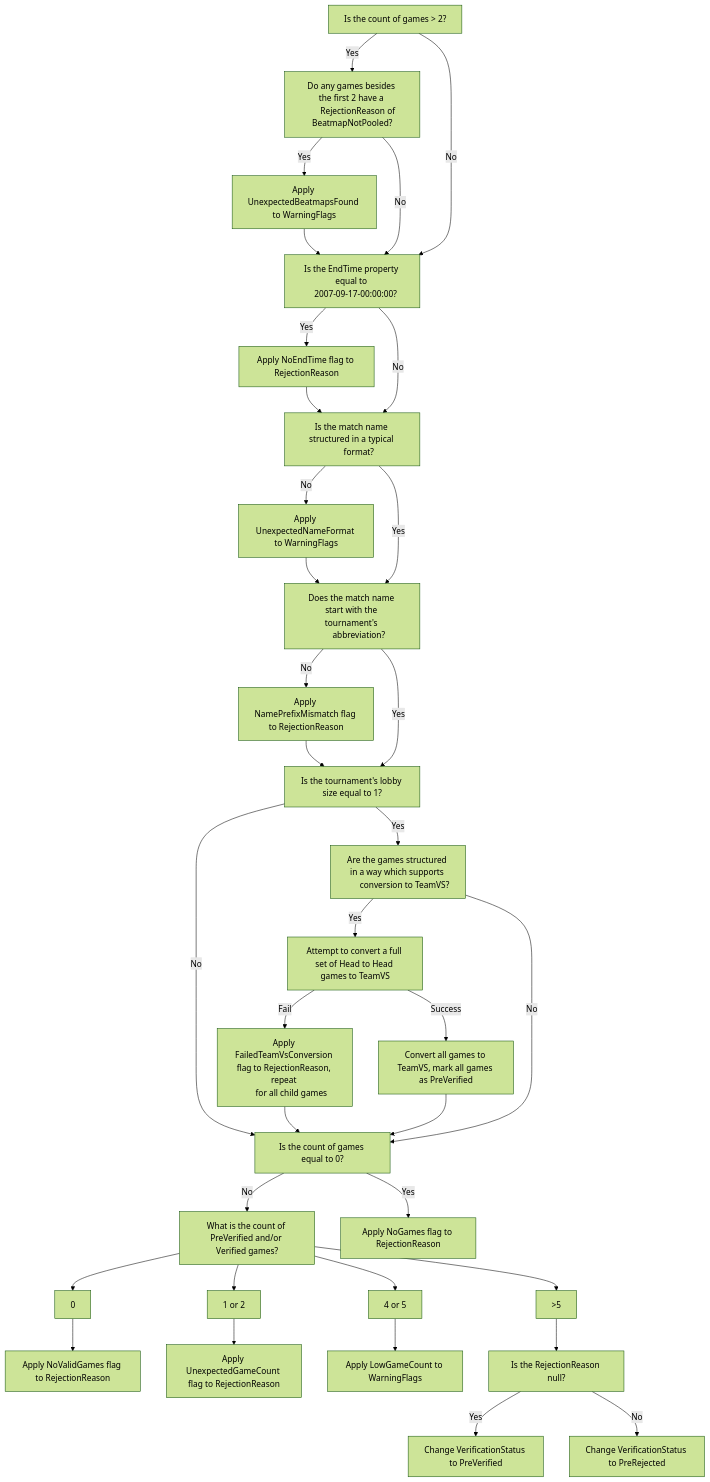
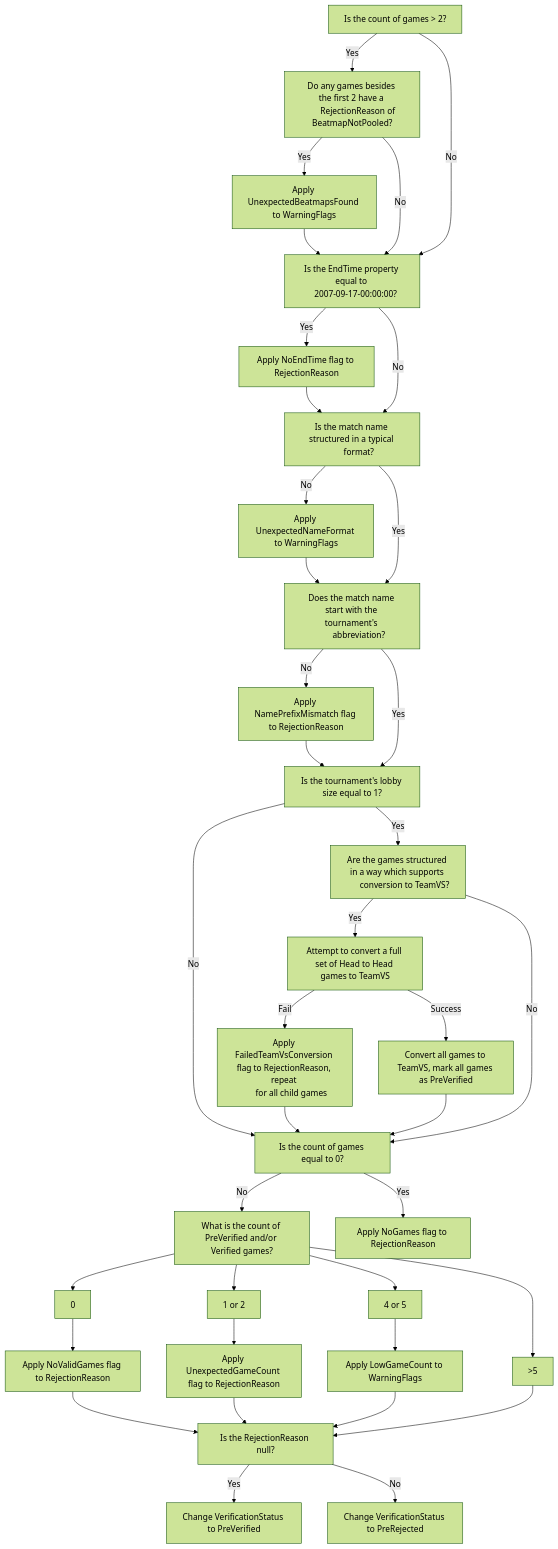
Before and after one commit to osu-tournament-rating/otr-docs: the second of 4 diagrams in docs/topics/Automated-Checks.md, drawn with Mermaid (forest theme).

Commit message:
Refinement

````diff
--- a/docs/topics/Automated-Checks.md
+++ b/docs/topics/Automated-Checks.md
@@ -79,68 +79,68 @@
 ```Mermaid
 flowchart TD;
    A[Is the count of games > 2?]
    B[Do any games besides the first 2 have a 
       RejectionReason of BeatmapNotPooled?]
    C[Apply UnexpectedBeatmapsFound to WarningFlags]
    D[Is the EndTime property equal to 
    2007-09-17-00:00:00?]
    E[Apply NoEndTime flag to RejectionReason]
    H[Is the match name structured in a typical 
       format?]
    I[Apply UnexpectedNameFormat to WarningFlags]
    J[Does the match name start with the tournament's 
       abbreviation?]
    K[Apply NamePrefixMismatch flag to RejectionReason]
    L[Is the tournament's lobby size equal to 1?]
    M[Are the games structured in a way which supports 
       conversion to TeamVS?]
    N[Attempt to convert a full set of Head to Head games to TeamVS]
    O[Apply FailedTeamVsConversion flag to RejectionReason, repeat 
       for all child games]
    P[Convert all games to TeamVS, mark all games as PreVerified]
    
    F[Is the count of games equal to 0?]
    G[Apply NoGames flag to RejectionReason]
    Q[What is the count of PreVerified and/or Verified games?]
    Q1[0]
    Q2[1 or 2]
    Q3[4 or 5]
    Q4[&gt;5]
    Q_A[Apply NoValidGames flag to RejectionReason]
    Q_B[Apply UnexpectedGameCount flag to RejectionReason]
    Q_C[Apply LowGameCount to WarningFlags]
    
    PreTerm[Is the RejectionReason null?]
    TermPositive[Change VerificationStatus to PreVerified]
    TermNegative[Change VerificationStatus to PreRejected]
    
    A -- Yes --> B
    B -- Yes --> C --> D
    A -- No --> D
    B -- No --> D
    D -- Yes --> E --> H
    D -- No --> H
    
    H -- No --> I --> J
    H -- Yes --> J
    J -- No --> K --> L
    J -- Yes --> L
    L -- No --> F
    L -- Yes --> M
    M -- Yes --> N
    M -- No --> F
    N -- Fail --> O --> F
    N -- Success --> P --> F
    F -- No --> Q
    F -- Yes --> G
    Q --> Q1
    Q --> Q2
    Q --> Q3
    Q --> Q4
-   Q1 --> Q_A
-   Q2 --> Q_B
-   Q3 --> Q_C
+   Q1 --> Q_A --> PreTerm
+   Q2 --> Q_B --> PreTerm
+   Q3 --> Q_C --> PreTerm
    Q4 --> PreTerm
    PreTerm -- Yes --> TermPositive
    PreTerm -- No --> TermNegative
 ```
````
